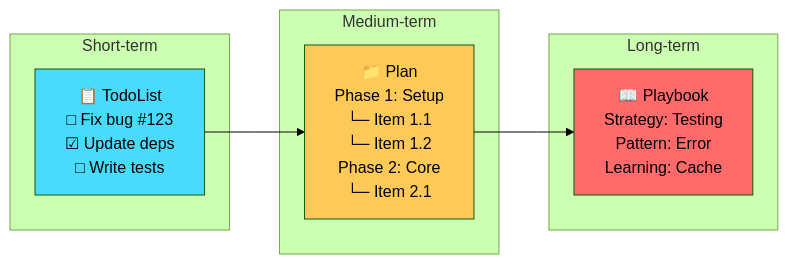
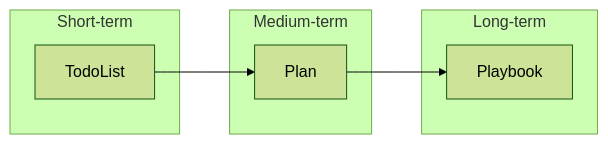
Before and after one commit to visionik/acphast: the fourth of 10 diagrams in docs/VISIONIK-AI-ROADMAP.md, drawn with Mermaid (forest theme). The commit also changed other lines of this file, not shown here.

Commit message:
Fix Mermaid: remove colors, fix text in boxes

````diff
--- a/docs/VISIONIK-AI-ROADMAP.md
+++ b/docs/VISIONIK-AI-ROADMAP.md
@@ -130,20 +114,16 @@
 ```mermaid
 flowchart LR
     subgraph ShortTerm["Short-term"]
-        Todo["📋 TodoList\n□ Fix bug #123\n☑ Update deps\n□ Write tests"]
+        Todo["TodoList"]
     end
     
     subgraph MediumTerm["Medium-term"]
-        Plan["📁 Plan\nPhase 1: Setup\n  └─ Item 1.1\n  └─ Item 1.2\nPhase 2: Core\n  └─ Item 2.1"]
+        Plan["Plan"]
     end
     
     subgraph LongTerm["Long-term"]
-        Playbook["📖 Playbook\nStrategy: Testing\nPattern: Error\nLearning: Cache"]
+        Playbook["Playbook"]
     end
     
     Todo --> Plan --> Playbook
-    
-    style Todo fill:#48dbfb
-    style Plan fill:#feca57
-    style Playbook fill:#ff6b6b
 ```
````
